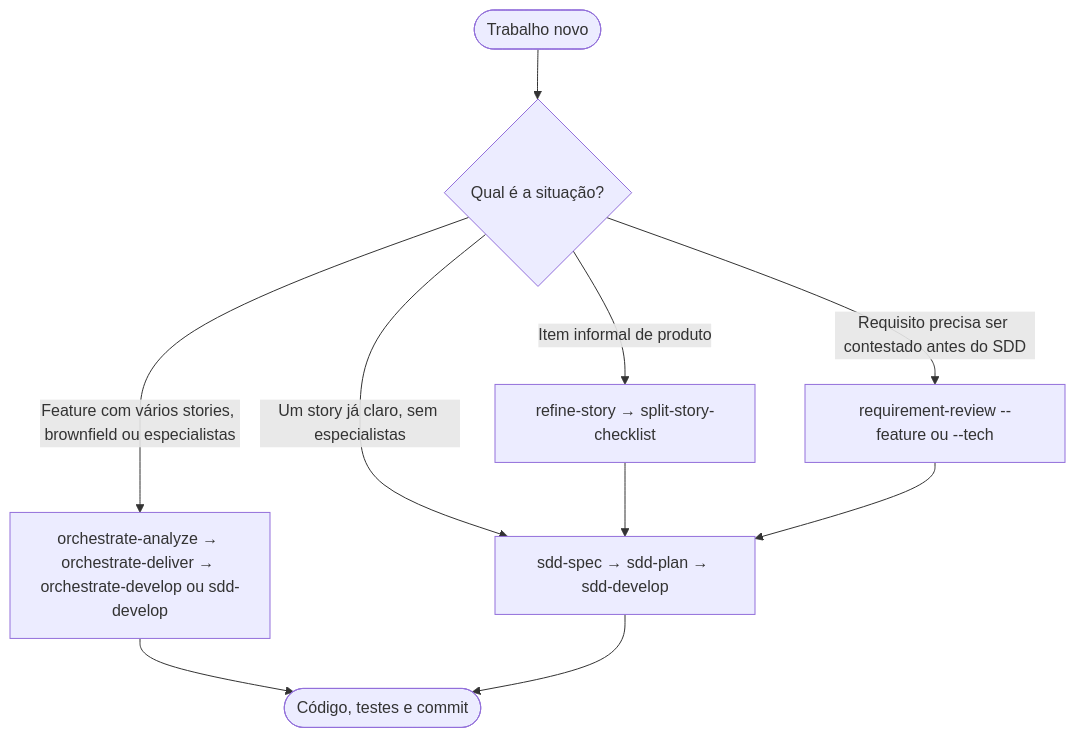
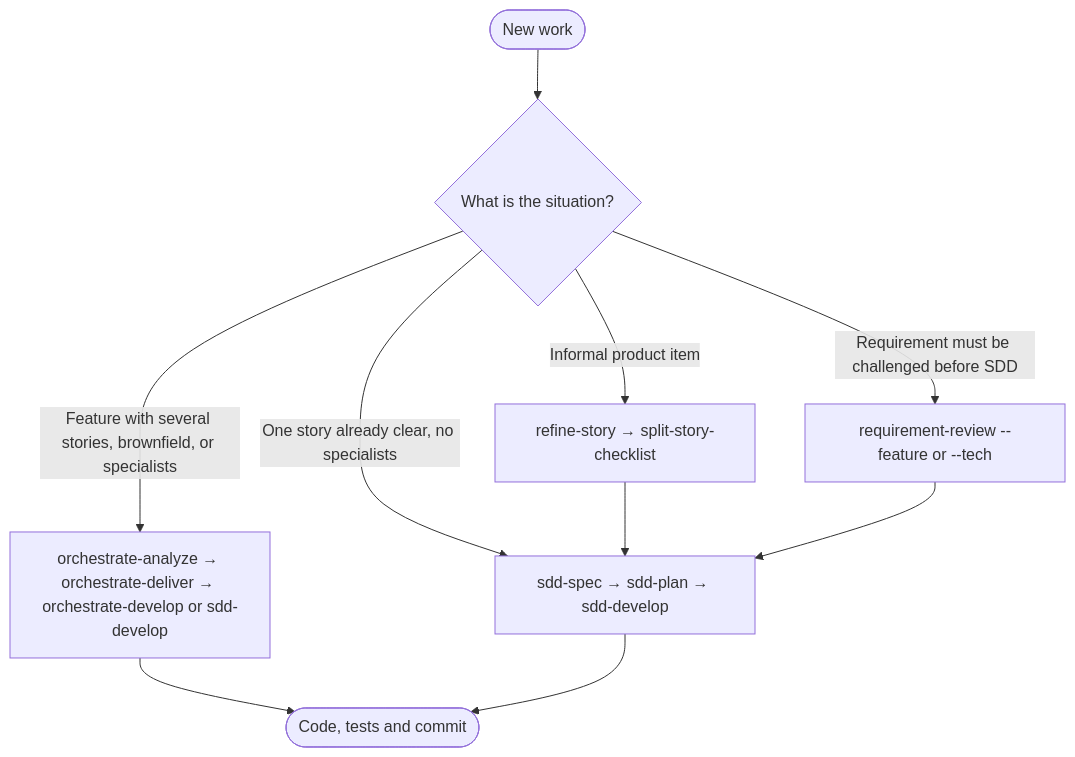
One commit to tibursocampos/agent-dev-toolkit changed the diagram in docs/guides/flow-selection.md. Above: the diagram before and after it, drawn with Mermaid. The commit also changed other lines of this file and 2 other files, not shown here.

Commit message:
docs(guides): write flow selection guides in English

````diff
--- a/docs/guides/flow-selection.md
+++ b/docs/guides/flow-selection.md
@@ -7,12 +7,12 @@
 ```mermaid
 flowchart TD
-  Start([Trabalho novo]) --> Q{Qual é a situação?}
-  Q -->|Feature com vários stories, brownfield ou especialistas| ORCH["orchestrate-analyze → orchestrate-deliver → orchestrate-develop ou sdd-develop"]
-  Q -->|Um story já claro, sem especialistas| SDD["sdd-spec → sdd-plan → sdd-develop"]
-  Q -->|Item informal de produto| REF["refine-story → split-story-checklist"]
-  Q -->|Requisito precisa ser contestado antes do SDD| REV["requirement-review --feature ou --tech"]
+  Start([New work]) --> Q{What is the situation?}
+  Q -->|Feature with several stories, brownfield, or specialists| ORCH["orchestrate-analyze → orchestrate-deliver → orchestrate-develop or sdd-develop"]
+  Q -->|One story already clear, no specialists| SDD["sdd-spec → sdd-plan → sdd-develop"]
+  Q -->|Informal product item| REF["refine-story → split-story-checklist"]
+  Q -->|Requirement must be challenged before SDD| REV["requirement-review --feature or --tech"]
   REF --> SDD
   REV --> SDD
-  ORCH --> Done([Código, testes e commit])
+  ORCH --> Done([Code, tests and commit])
   SDD --> Done
 ```
````
